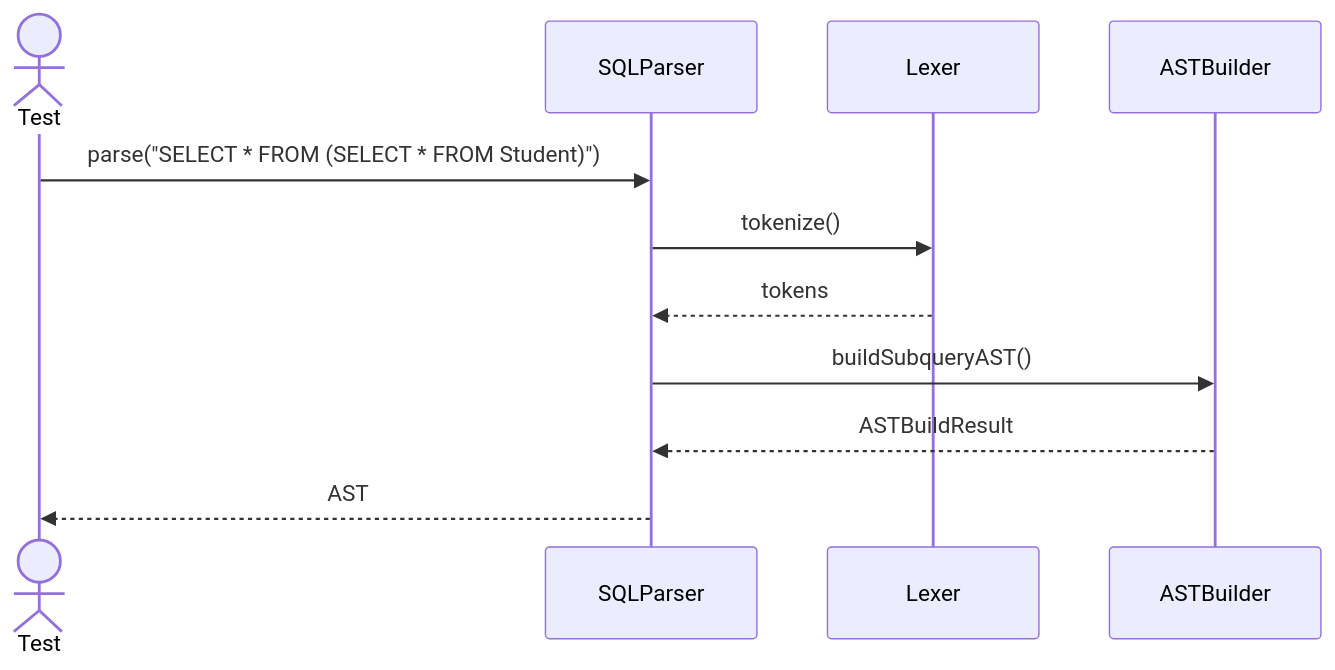
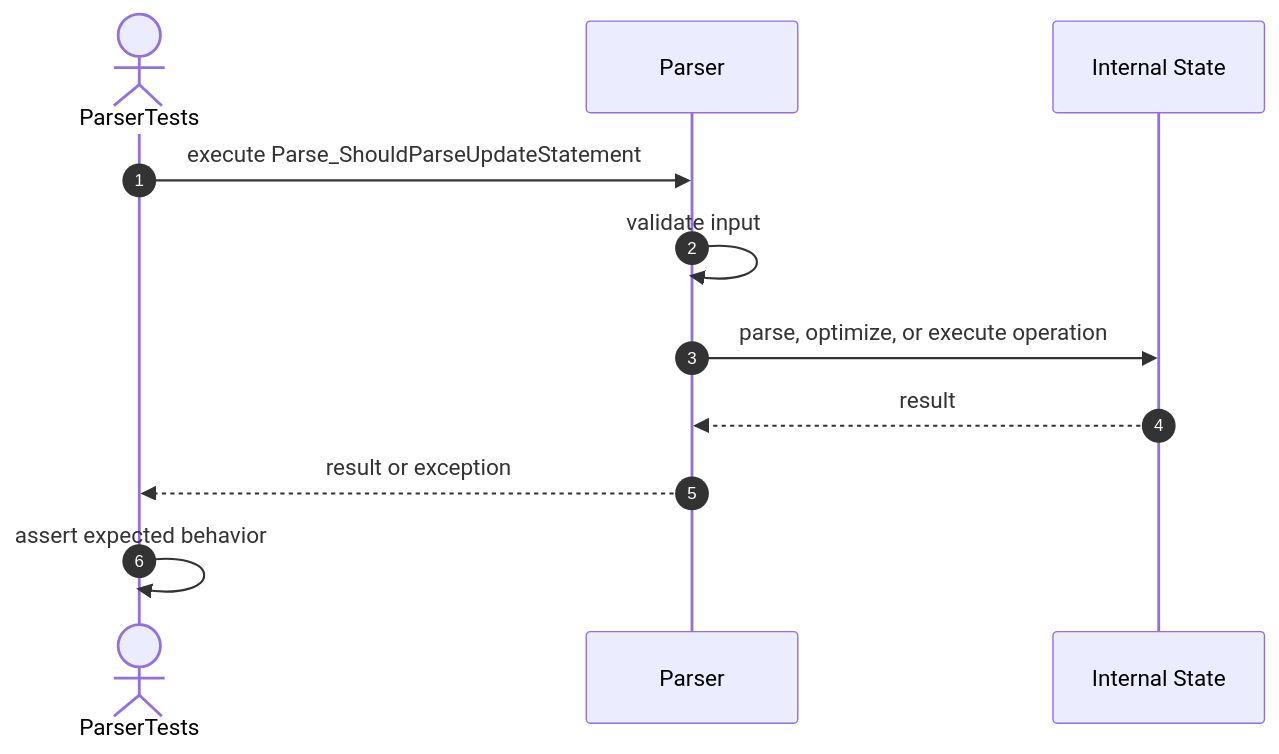
Before and after one commit to FhuAnn/-bbv-AN-s-DBMS: diagram 14 of 22 in src/tests/unit/query/sequences/sql-parser-testing.se.md, drawn with Mermaid. The commit also changed other lines of this file and 36 other files, not shown here.

````diff
--- a/src/tests/unit/query/sequences/sql-parser-testing.se.md
+++ b/src/tests/unit/query/sequences/sql-parser-testing.se.md
@@ -251,14 +230,14 @@
 ```mermaid
 sequenceDiagram
-actor Test
-participant SQLParser
-participant Lexer
-participant ASTBuilder
+    autonumber
+    actor Test as ParserTests
+    participant Target as Parser
+    participant Internal as Internal State
 
-Test->>SQLParser: parse("SELECT * FROM (SELECT * FROM Student)")
-SQLParser->>Lexer: tokenize()
-Lexer-->>SQLParser: tokens
-SQLParser->>ASTBuilder: buildSubqueryAST()
-ASTBuilder-->>SQLParser: ASTBuildResult
-SQLParser-->>Test: AST
+    Test->>Target: execute Parse_ShouldParseUpdateStatement
+    Target->>Target: validate input
+    Target->>Internal: parse, optimize, or execute operation
+    Internal-->>Target: result
+    Target-->>Test: result or exception
+    Test->>Test: assert expected behavior
 ```
````
